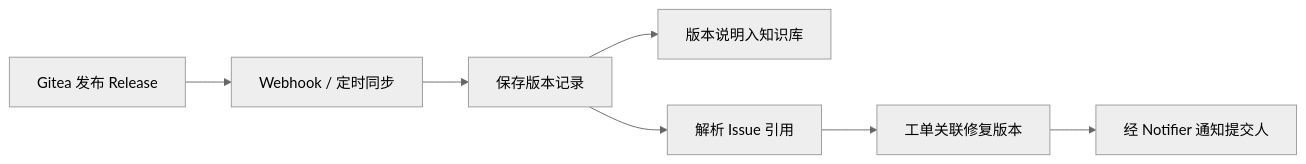
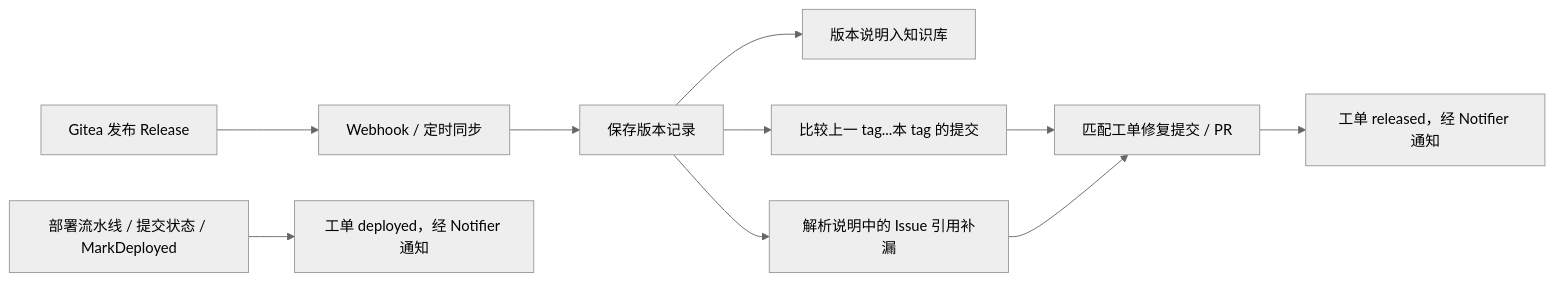
Before and after one commit to zhouhao4221/lingo: the fourth of 9 diagrams in docs/requirements/PRD.md, drawn with Mermaid. The commit also changed other lines of this file and 5 other files, not shown here.

````diff
--- a/docs/requirements/PRD.md
+++ b/docs/requirements/PRD.md
@@ -307,10 +311,13 @@
 ```mermaid
 %%{init: {'theme':'neutral'}}%%
 flowchart LR
   A[Gitea 发布 Release] --> B[Webhook / 定时同步]
   B --> C[保存版本记录]
   C --> D[版本说明入知识库]
-  C --> E[解析 Issue 引用]
-  E --> F[工单关联修复版本]
-  F --> G[经 Notifier 通知提交人]
+  C --> E[比较上一 tag...本 tag 的提交]
+  E --> F[匹配工单修复提交 / PR]
+  C --> E2[解析说明中的 Issue 引用补漏]
+  E2 --> F
+  F --> G[工单 released，经 Notifier 通知]
+  H[部署流水线 / 提交状态 / MarkDeployed] --> I[工单 deployed，经 Notifier 通知]
 ```
````
